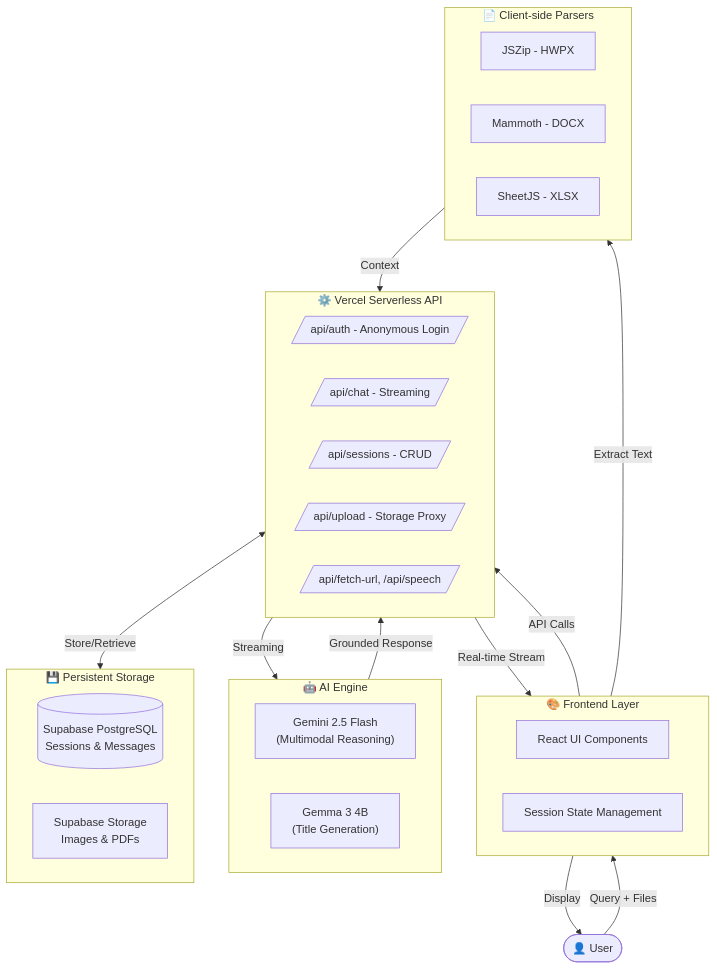
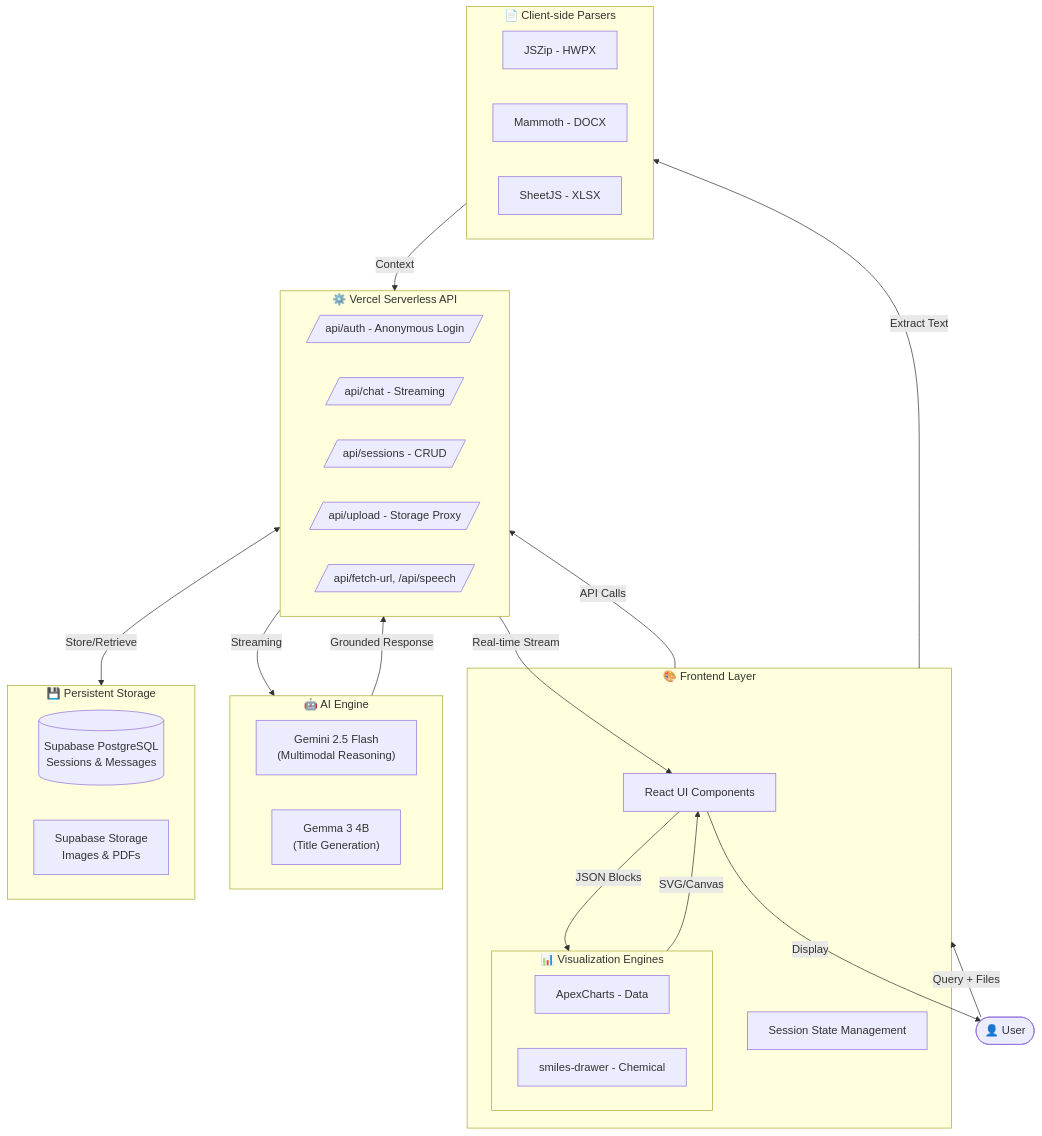
The diagram in README.md (jpjp92/chat-agent), drawn with Mermaid before and after one commit. The commit also changed other lines of this file and 9 other files, not shown here.

````diff
--- a/README.md
+++ b/README.md
@@ -39,43 +43,49 @@
 ```mermaid
 flowchart TB
     User([👤 User])
     
     subgraph Frontend["🎨 Frontend Layer"]
         UI[React UI Components]
+        subgraph Viz["📊 Visualization Engines"]
+            Apex[ApexCharts - Data]
+            SMILES[smiles-drawer - Chemical]
+        end
         State[Session State Management]
     end
     
     subgraph Backend["⚙️ Vercel Serverless API"]
         Auth[/api/auth - Anonymous Login/]
         Chat[/api/chat - Streaming/]
         Sessions[/api/sessions - CRUD/]
         Upload[/api/upload - Storage Proxy/]
         Tools[/api/fetch-url, /api/speech/]
     end
     
     subgraph AI["🤖 AI Engine"]
         Gemini["Gemini 2.5 Flash<br/>(Multimodal Reasoning)"]
         Gemma["Gemma 3 4B<br/>(Title Generation)"]
     end
     
     subgraph Storage["💾 Persistent Storage"]
         DB[(Supabase PostgreSQL<br/>Sessions & Messages)]
         Files[Supabase Storage<br/>Images & PDFs]
     end
     
     subgraph Parser["📄 Client-side Parsers"]
         HWPX[JSZip - HWPX]
         DOCX[Mammoth - DOCX]
         XLSX[SheetJS - XLSX]
     end
     
     User -->|Query + Files| Frontend
     Frontend -->|API Calls| Backend
     Backend -->|Streaming| AI
     Backend <-->|Store/Retrieve| Storage
     Frontend -->|Extract Text| Parser
     Parser -->|Context| Backend
     AI -->|Grounded Response| Backend
-    Backend -->|Real-time Stream| Frontend
-    Frontend -->|Display| User
+    Backend -->|Real-time Stream| UI
+    UI -->|JSON Blocks| Viz
+    Viz -->|SVG/Canvas| UI
+    UI -->|Display| User
 ```
````
